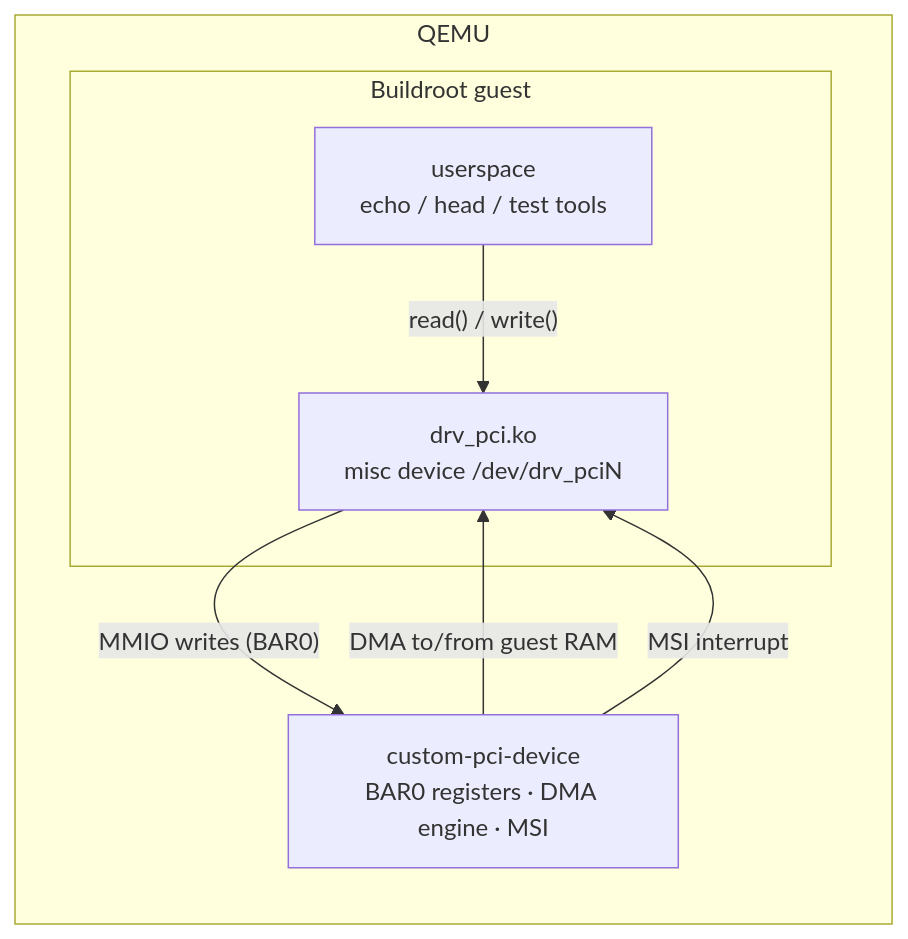
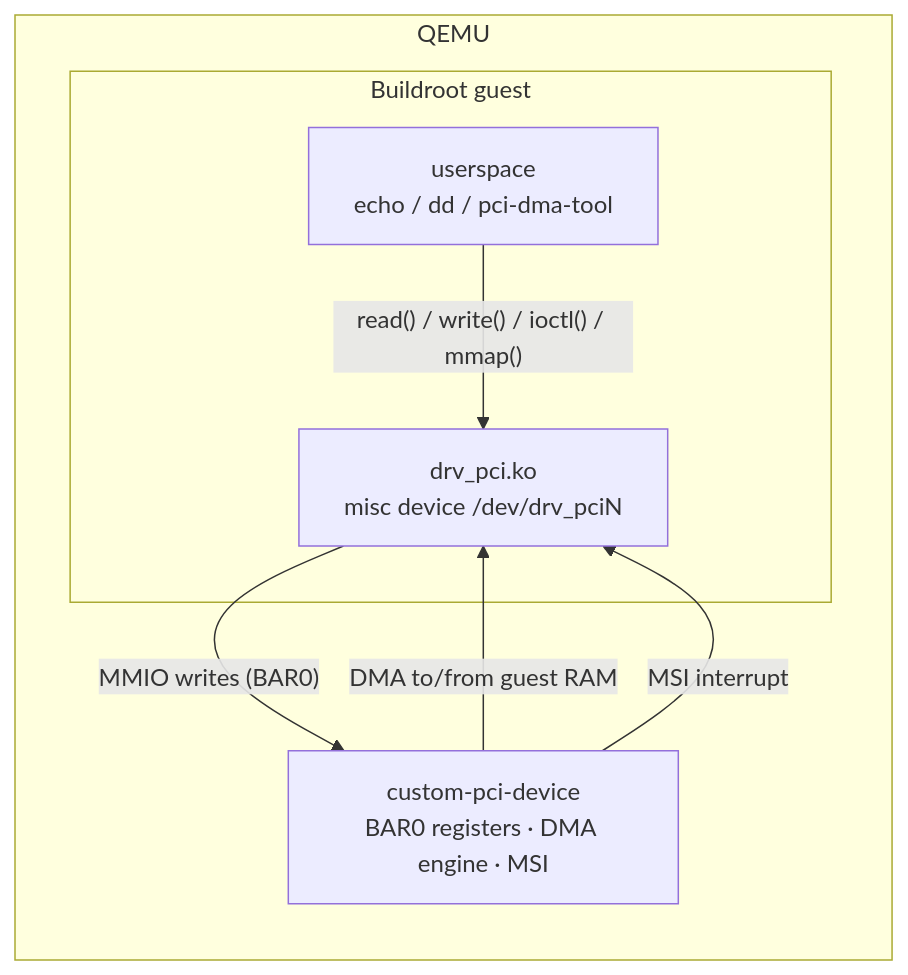
One commit to valentinfreund/custom-pci-qemu changed the diagram in docs/pci-dma.md. Above: the diagram before and after it, drawn with Mermaid. The commit also changed other lines of this file and 1 other file, not shown here.

First line of the commit message:
docs: describe ioctl, mmap and sysfs of drv_pci with benchmark

````diff
--- a/docs/pci-dma.md
+++ b/docs/pci-dma.md
@@ -13,14 +16,14 @@
 ```mermaid
 flowchart LR
     subgraph QEMU["QEMU"]
         DEV["custom-pci-device<br/>BAR0 registers · DMA engine · MSI"]
         subgraph Guest["Buildroot guest"]
-            APP["userspace<br/>echo / head / test tools"]
+            APP["userspace<br/>echo / dd / pci-dma-tool"]
             DRV["drv_pci.ko<br/>misc device /dev/drv_pciN"]
         end
     end
-    APP -- "read() / write()" --> DRV
+    APP -- "read() / write() / ioctl() / mmap()" --> DRV
     DRV -- "MMIO writes (BAR0)" --> DEV
     DEV -- "DMA to/from guest RAM" --> DRV
     DEV -- "MSI interrupt" --> DRV
 ```
````
